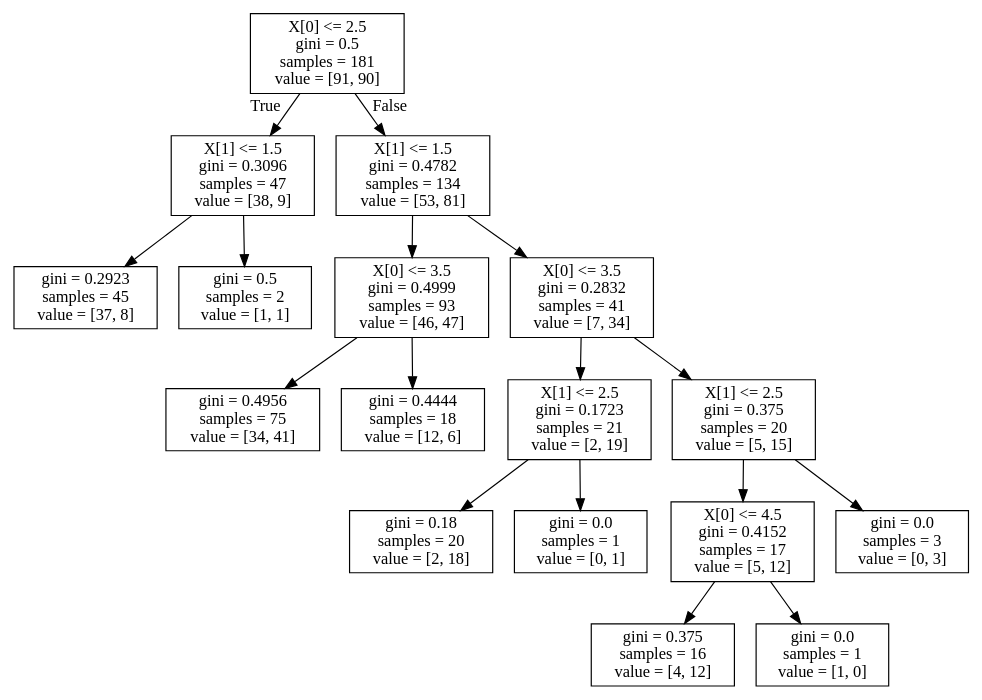
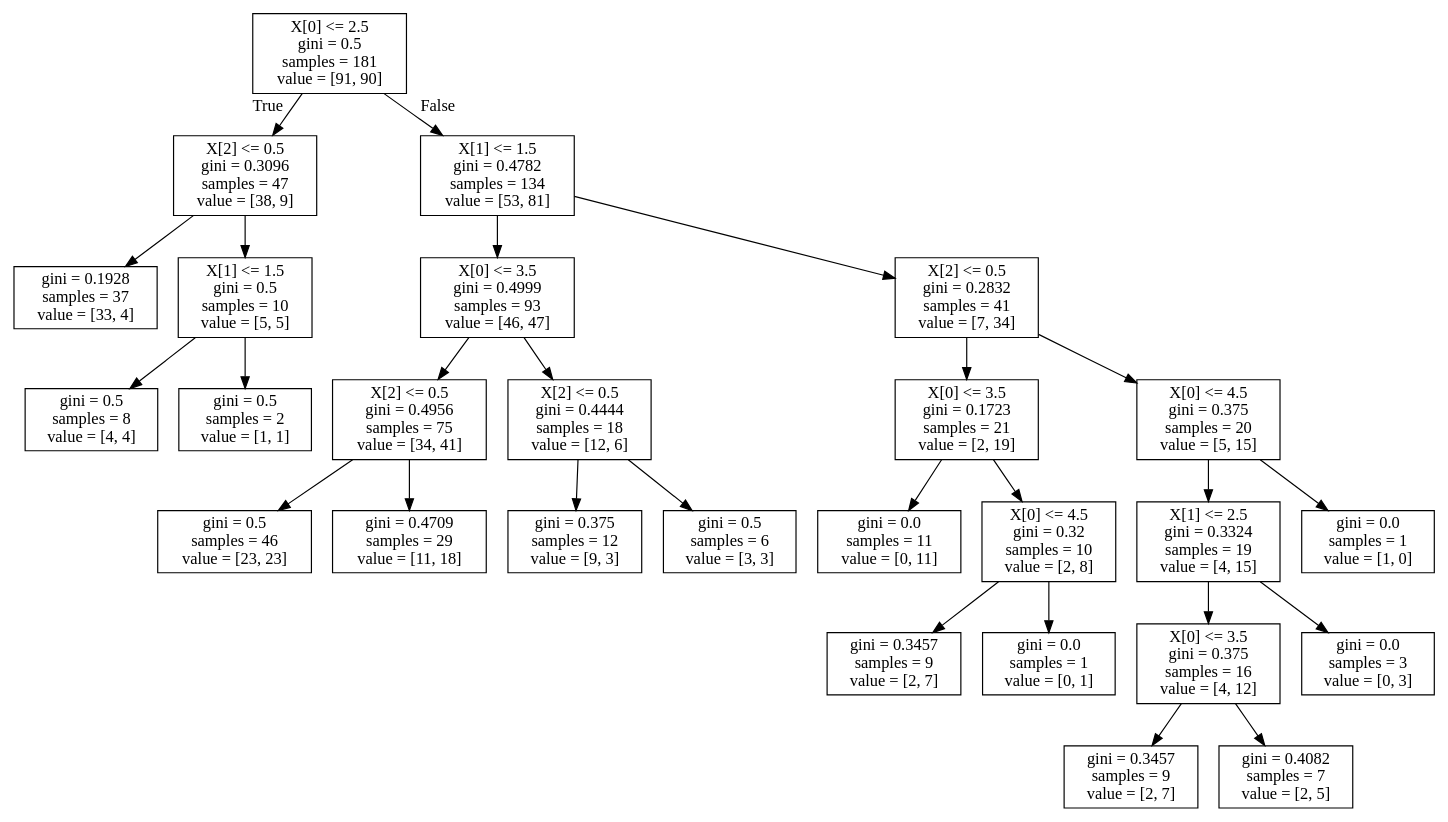
Before and after one commit to chargao/EE361M-Data-Mining: the diagram in tree.dot, drawn with Graphviz. The commit also changed 2 other files, not shown here.

```diff
--- a/tree.dot
+++ b/tree.dot
@@ -1,36 +1,56 @@
 digraph Tree {
 node [shape=box] ;
 0 [label="X[0] <= 2.5\ngini = 0.5\nsamples = 181\nvalue = [91, 90]"] ;
-1 [label="X[1] <= 1.5\ngini = 0.3096\nsamples = 47\nvalue = [38, 9]"] ;
+1 [label="X[2] <= 0.5\ngini = 0.3096\nsamples = 47\nvalue = [38, 9]"] ;
 0 -> 1 [labeldistance=2.5, labelangle=45, headlabel="True"] ;
-2 [label="gini = 0.2923\nsamples = 45\nvalue = [37, 8]"] ;
+2 [label="gini = 0.1928\nsamples = 37\nvalue = [33, 4]"] ;
 1 -> 2 ;
-3 [label="gini = 0.5\nsamples = 2\nvalue = [1, 1]"] ;
+3 [label="X[1] <= 1.5\ngini = 0.5\nsamples = 10\nvalue = [5, 5]"] ;
 1 -> 3 ;
-4 [label="X[1] <= 1.5\ngini = 0.4782\nsamples = 134\nvalue = [53, 81]"] ;
-0 -> 4 [labeldistance=2.5, labelangle=-45, headlabel="False"] ;
-5 [label="X[0] <= 3.5\ngini = 0.4999\nsamples = 93\nvalue = [46, 47]"] ;
-4 -> 5 ;
-6 [label="gini = 0.4956\nsamples = 75\nvalue = [34, 41]"] ;
-5 -> 6 ;
-7 [label="gini = 0.4444\nsamples = 18\nvalue = [12, 6]"] ;
-5 -> 7 ;
-8 [label="X[0] <= 3.5\ngini = 0.2832\nsamples = 41\nvalue = [7, 34]"] ;
-4 -> 8 ;
-9 [label="X[1] <= 2.5\ngini = 0.1723\nsamples = 21\nvalue = [2, 19]"] ;
+4 [label="gini = 0.5\nsamples = 8\nvalue = [4, 4]"] ;
+3 -> 4 ;
+5 [label="gini = 0.5\nsamples = 2\nvalue = [1, 1]"] ;
+3 -> 5 ;
+6 [label="X[1] <= 1.5\ngini = 0.4782\nsamples = 134\nvalue = [53, 81]"] ;
+0 -> 6 [labeldistance=2.5, labelangle=-45, headlabel="False"] ;
+7 [label="X[0] <= 3.5\ngini = 0.4999\nsamples = 93\nvalue = [46, 47]"] ;
+6 -> 7 ;
+8 [label="X[2] <= 0.5\ngini = 0.4956\nsamples = 75\nvalue = [34, 41]"] ;
+7 -> 8 ;
+9 [label="gini = 0.5\nsamples = 46\nvalue = [23, 23]"] ;
 8 -> 9 ;
-10 [label="gini = 0.18\nsamples = 20\nvalue = [2, 18]"] ;
-9 -> 10 ;
-11 [label="gini = 0.0\nsamples = 1\nvalue = [0, 1]"] ;
-9 -> 11 ;
-12 [label="X[1] <= 2.5\ngini = 0.375\nsamples = 20\nvalue = [5, 15]"] ;
-8 -> 12 ;
-13 [label="X[0] <= 4.5\ngini = 0.4152\nsamples = 17\nvalue = [5, 12]"] ;
-12 -> 13 ;
-14 [label="gini = 0.375\nsamples = 16\nvalue = [4, 12]"] ;
-13 -> 14 ;
-15 [label="gini = 0.0\nsamples = 1\nvalue = [1, 0]"] ;
-13 -> 15 ;
-16 [label="gini = 0.0\nsamples = 3\nvalue = [0, 3]"] ;
-12 -> 16 ;
+10 [label="gini = 0.4709\nsamples = 29\nvalue = [11, 18]"] ;
+8 -> 10 ;
+11 [label="X[2] <= 0.5\ngini = 0.4444\nsamples = 18\nvalue = [12, 6]"] ;
+7 -> 11 ;
+12 [label="gini = 0.375\nsamples = 12\nvalue = [9, 3]"] ;
+11 -> 12 ;
+13 [label="gini = 0.5\nsamples = 6\nvalue = [3, 3]"] ;
+11 -> 13 ;
+14 [label="X[2] <= 0.5\ngini = 0.2832\nsamples = 41\nvalue = [7, 34]"] ;
+6 -> 14 ;
+15 [label="X[0] <= 3.5\ngini = 0.1723\nsamples = 21\nvalue = [2, 19]"] ;
+14 -> 15 ;
+16 [label="gini = 0.0\nsamples = 11\nvalue = [0, 11]"] ;
+15 -> 16 ;
+17 [label="X[0] <= 4.5\ngini = 0.32\nsamples = 10\nvalue = [2, 8]"] ;
+15 -> 17 ;
+18 [label="gini = 0.3457\nsamples = 9\nvalue = [2, 7]"] ;
+17 -> 18 ;
+19 [label="gini = 0.0\nsamples = 1\nvalue = [0, 1]"] ;
+17 -> 19 ;
+20 [label="X[0] <= 4.5\ngini = 0.375\nsamples = 20\nvalue = [5, 15]"] ;
+14 -> 20 ;
+21 [label="X[1] <= 2.5\ngini = 0.3324\nsamples = 19\nvalue = [4, 15]"] ;
+20 -> 21 ;
+22 [label="X[0] <= 3.5\ngini = 0.375\nsamples = 16\nvalue = [4, 12]"] ;
+21 -> 22 ;
+23 [label="gini = 0.3457\nsamples = 9\nvalue = [2, 7]"] ;
+22 -> 23 ;
+24 [label="gini = 0.4082\nsamples = 7\nvalue = [2, 5]"] ;
+22 -> 24 ;
+25 [label="gini = 0.0\nsamples = 3\nvalue = [0, 3]"] ;
+21 -> 25 ;
+26 [label="gini = 0.0\nsamples = 1\nvalue = [1, 0]"] ;
+20 -> 26 ;
 }
```
